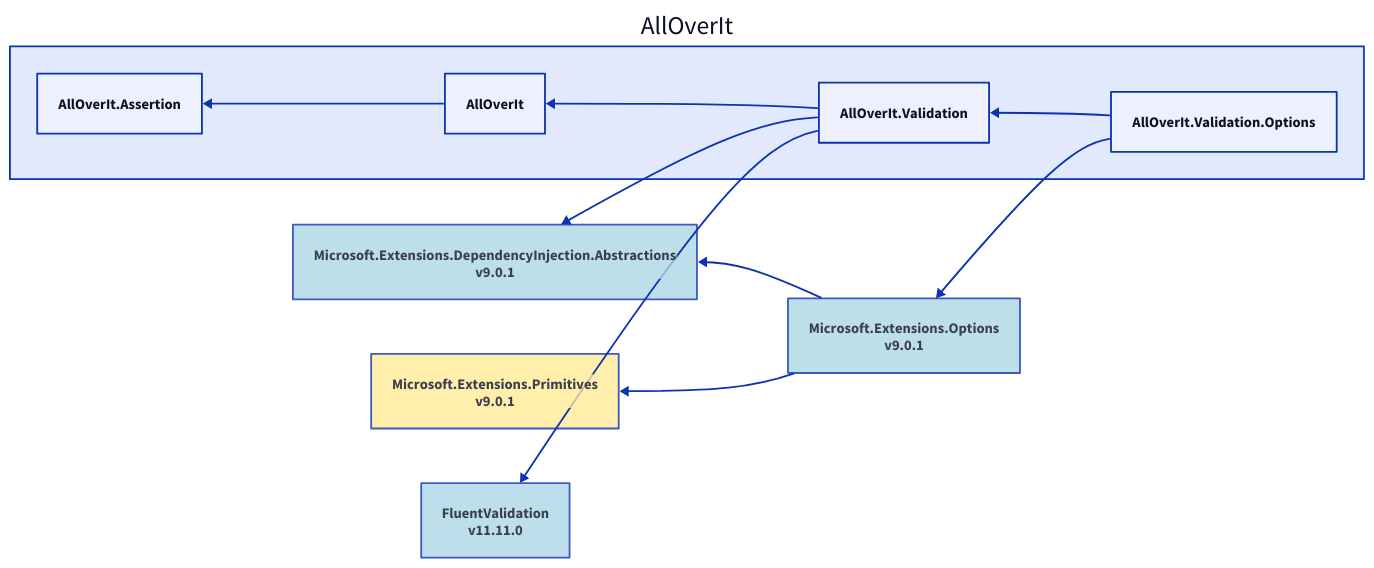
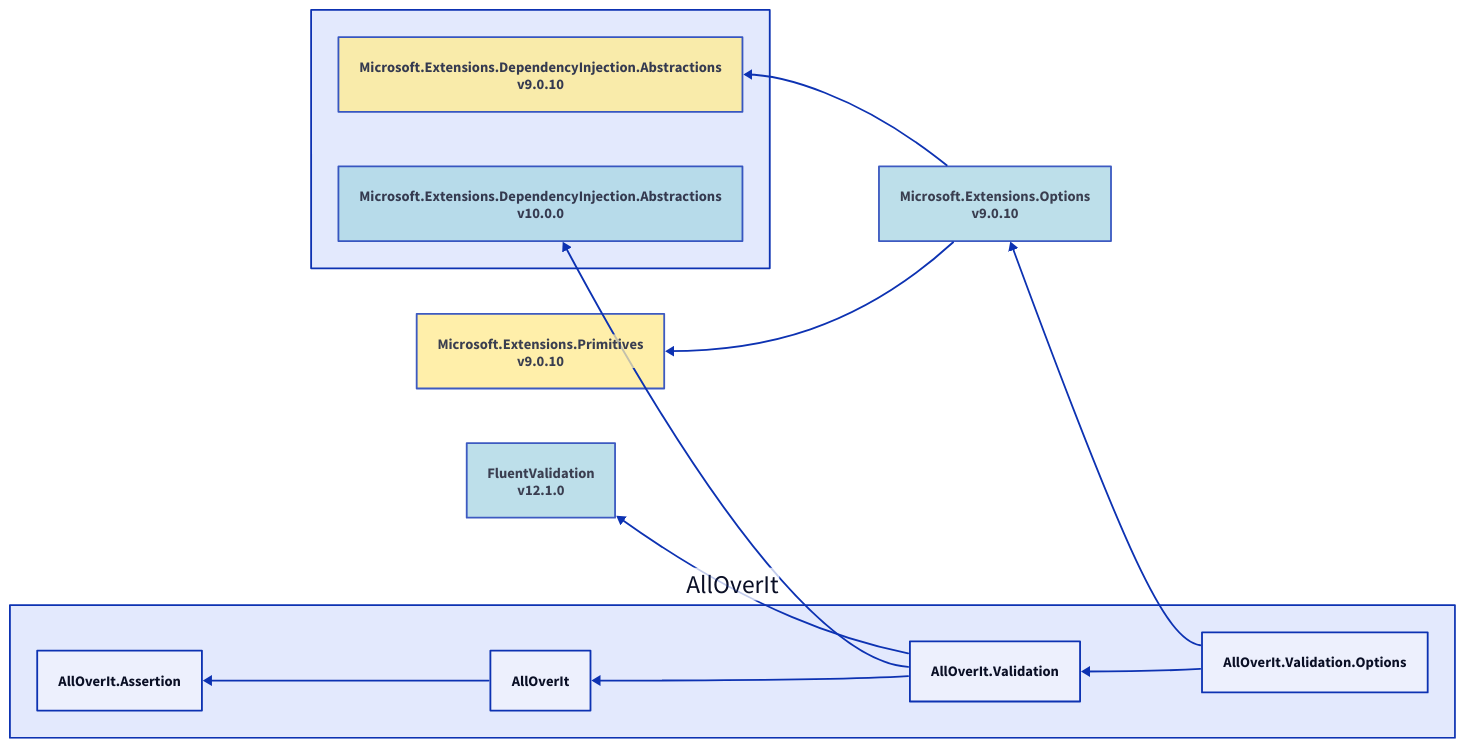
The diagram in Docs/Reference/Content/images/dependencies/net9.0/alloverit-validation-options.d2 (mjfreelancing/AllOverIt), drawn with D2 before and after one commit. The commit also changed 163 other files, not shown here.

```diff
--- a/Docs/Reference/Content/images/dependencies/net9.0/alloverit-validation-options.d2
+++ b/Docs/Reference/Content/images/dependencies/net9.0/alloverit-validation-options.d2
@@ -1,27 +1,31 @@
 direction: left
 
 aoi: AllOverIt
 aoi.alloverit-validation-options: AllOverIt.Validation.Options
-microsoft-extensions-options_9-0-1: Microsoft.Extensions.Options\nv9.0.1
-microsoft-extensions-options_9-0-1.style.fill: "#ADD8E6"
-microsoft-extensions-options_9-0-1.style.opacity: 0.8
-microsoft-extensions-dependencyinjection-abstractions_9-0-1: Microsoft.Extensions.DependencyInjection.Abstractions\nv9.0.1
-microsoft-extensions-dependencyinjection-abstractions_9-0-1.style.opacity: 0.8
-microsoft-extensions-dependencyinjection-abstractions_9-0-1.style.fill: "#ADD8E6"
-microsoft-extensions-dependencyinjection-abstractions_9-0-1 <- microsoft-extensions-options_9-0-1
-microsoft-extensions-primitives_9-0-1: Microsoft.Extensions.Primitives\nv9.0.1
-microsoft-extensions-primitives_9-0-1.style.fill: "#FFEC96"
-microsoft-extensions-primitives_9-0-1.style.opacity: 0.8
-microsoft-extensions-primitives_9-0-1 <- microsoft-extensions-options_9-0-1
-microsoft-extensions-options_9-0-1 <- aoi.alloverit-validation-options
+microsoft-extensions-options_9-0-10: Microsoft.Extensions.Options\nv9.0.10
+microsoft-extensions-options_9-0-10.style.fill: "#ADD8E6"
+microsoft-extensions-options_9-0-10.style.opacity: 0.8
+microsoft-extensions-dependencyinjection-abstractions-group: ""
+microsoft-extensions-dependencyinjection-abstractions-group.microsoft-extensions-dependencyinjection-abstractions_9-0-10: Microsoft.Extensions.DependencyInjection.Abstractions\nv9.0.10
+microsoft-extensions-dependencyinjection-abstractions-group.microsoft-extensions-dependencyinjection-abstractions_9-0-10.style.fill: "#FFEC96"
+microsoft-extensions-dependencyinjection-abstractions-group.microsoft-extensions-dependencyinjection-abstractions_9-0-10.style.opacity: 0.8
+microsoft-extensions-dependencyinjection-abstractions-group.microsoft-extensions-dependencyinjection-abstractions_9-0-10 <- microsoft-extensions-options_9-0-10
+microsoft-extensions-primitives_9-0-10: Microsoft.Extensions.Primitives\nv9.0.10
+microsoft-extensions-primitives_9-0-10.style.fill: "#FFEC96"
+microsoft-extensions-primitives_9-0-10.style.opacity: 0.8
+microsoft-extensions-primitives_9-0-10 <- microsoft-extensions-options_9-0-10
+microsoft-extensions-options_9-0-10 <- aoi.alloverit-validation-options
 aoi.alloverit-validation: AllOverIt.Validation
-fluentvalidation_11-11-0: FluentValidation\nv11.11.0
-fluentvalidation_11-11-0.style.fill: "#ADD8E6"
-fluentvalidation_11-11-0.style.opacity: 0.8
-fluentvalidation_11-11-0 <- aoi.alloverit-validation
-microsoft-extensions-dependencyinjection-abstractions_9-0-1 <- aoi.alloverit-validation
+fluentvalidation_12-1-0: FluentValidation\nv12.1.0
+fluentvalidation_12-1-0.style.fill: "#ADD8E6"
+fluentvalidation_12-1-0.style.opacity: 0.8
+fluentvalidation_12-1-0 <- aoi.alloverit-validation
+microsoft-extensions-dependencyinjection-abstractions-group.microsoft-extensions-dependencyinjection-abstractions_10-0-0: Microsoft.Extensions.DependencyInjection.Abstractions\nv10.0.0
+microsoft-extensions-dependencyinjection-abstractions-group.microsoft-extensions-dependencyinjection-abstractions_10-0-0.style.fill: "#ADD8E6"
+microsoft-extensions-dependencyinjection-abstractions-group.microsoft-extensions-dependencyinjection-abstractions_10-0-0.style.opacity: 0.8
+microsoft-extensions-dependencyinjection-abstractions-group.microsoft-extensions-dependencyinjection-abstractions_10-0-0 <- aoi.alloverit-validation
 aoi.alloverit: AllOverIt
 aoi.alloverit-assertion: AllOverIt.Assertion
 aoi.alloverit-assertion <- aoi.alloverit
 aoi.alloverit <- aoi.alloverit-validation
 aoi.alloverit-validation <- aoi.alloverit-validation-options
```
